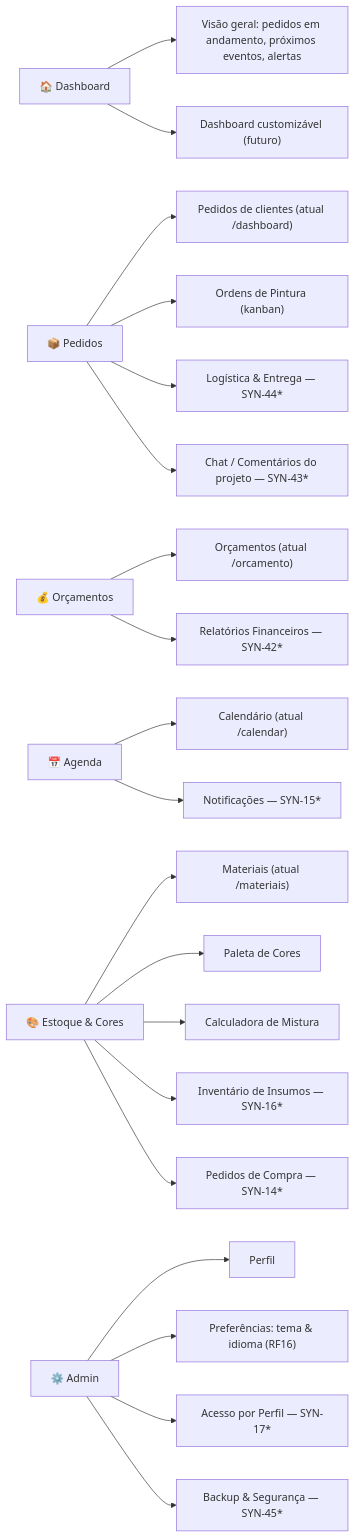
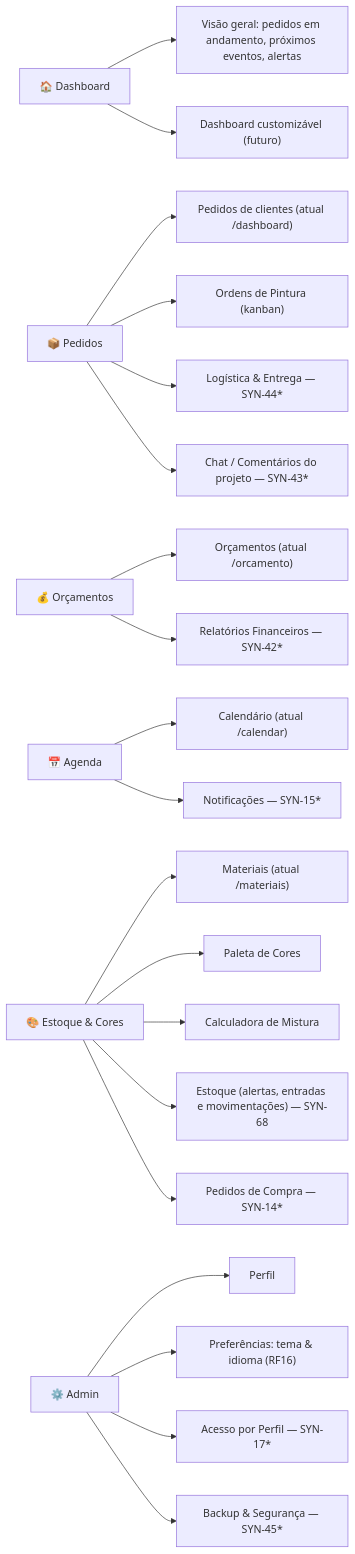
The diagram in docs/syn-53-mapa-menu.md (izabelly-code/synapse-forge-), drawn with Mermaid before and after one commit. The commit also changed other lines of this file, not shown here.

Commit message:
SYN-68: registrar a area de Estoque no mapa de menu

````diff
--- a/docs/syn-53-mapa-menu.md
+++ b/docs/syn-53-mapa-menu.md
@@ -23,34 +23,34 @@
 ```mermaid
 flowchart LR
     D["🏠 Dashboard"]
     P["📦 Pedidos"]
     O["💰 Orçamentos"]
     A["📅 Agenda"]
     E["🎨 Estoque & Cores"]
     ADM["⚙️ Admin"]
 
     D --> D1["Visão geral: pedidos em andamento, próximos eventos, alertas"]
     D --> D2["Dashboard customizável (futuro)"]
 
     P --> P1["Pedidos de clientes (atual /dashboard)"]
     P --> P2["Ordens de Pintura (kanban)"]
     P --> P3["Logística & Entrega — SYN-44*"]
     P --> P4["Chat / Comentários do projeto — SYN-43*"]
 
     O --> O1["Orçamentos (atual /orcamento)"]
     O --> O2["Relatórios Financeiros — SYN-42*"]
 
     A --> A1["Calendário (atual /calendar)"]
     A --> A2["Notificações — SYN-15*"]
 
     E --> E1["Materiais (atual /materiais)"]
     E --> E2["Paleta de Cores"]
     E --> E3["Calculadora de Mistura"]
-    E --> E4["Inventário de Insumos — SYN-16*"]
+    E --> E4["Estoque (alertas, entradas e movimentações) — SYN-68"]
     E --> E5["Pedidos de Compra — SYN-14*"]
 
     ADM --> AD1["Perfil"]
     ADM --> AD2["Preferências: tema & idioma (RF16)"]
     ADM --> AD3["Acesso por Perfil — SYN-17*"]
     ADM --> AD4["Backup & Segurança — SYN-45*"]
 ```
````
